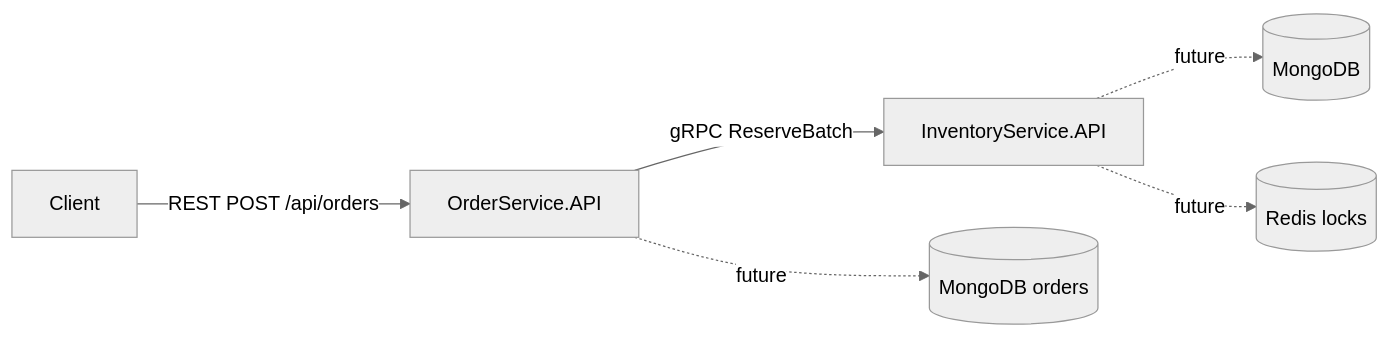
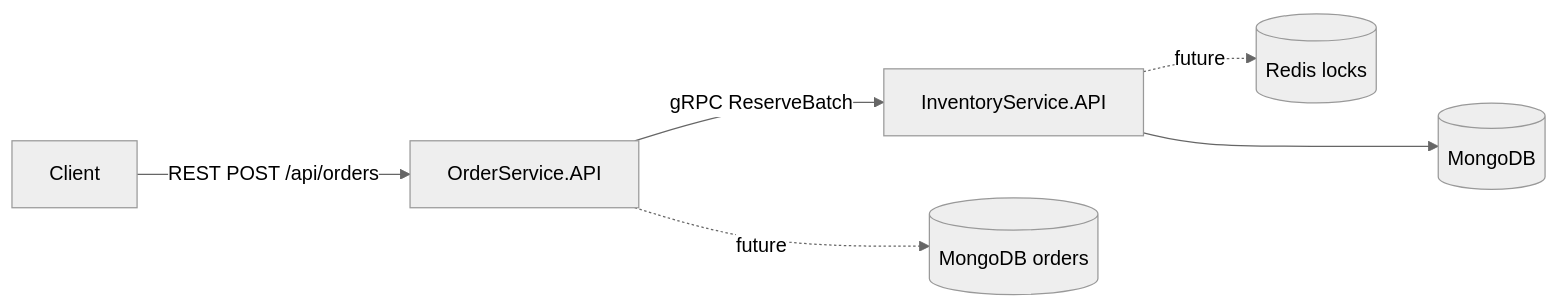
Before and after one commit to abdulkadirozyurt/InventoryReservationSystem: the first of 2 diagrams in README.md, drawn with Mermaid (neutral theme). The commit also changed other lines of this file and 11 other files, not shown here.

````diff
--- a/README.md
+++ b/README.md
@@ -30,8 +30,8 @@
 ```mermaid
 flowchart LR
     Client[Client] -->|REST POST /api/orders| OrderAPI[OrderService.API]
     OrderAPI -->|gRPC ReserveBatch| InventoryAPI[InventoryService.API]
-    InventoryAPI -. future .-> Mongo[(MongoDB)]
+    InventoryAPI ---> Mongo[(MongoDB)]
     InventoryAPI -. future .-> Redis[(Redis locks)]
     OrderAPI -. future .-> OrderDb[(MongoDB orders)]
 ```
````
